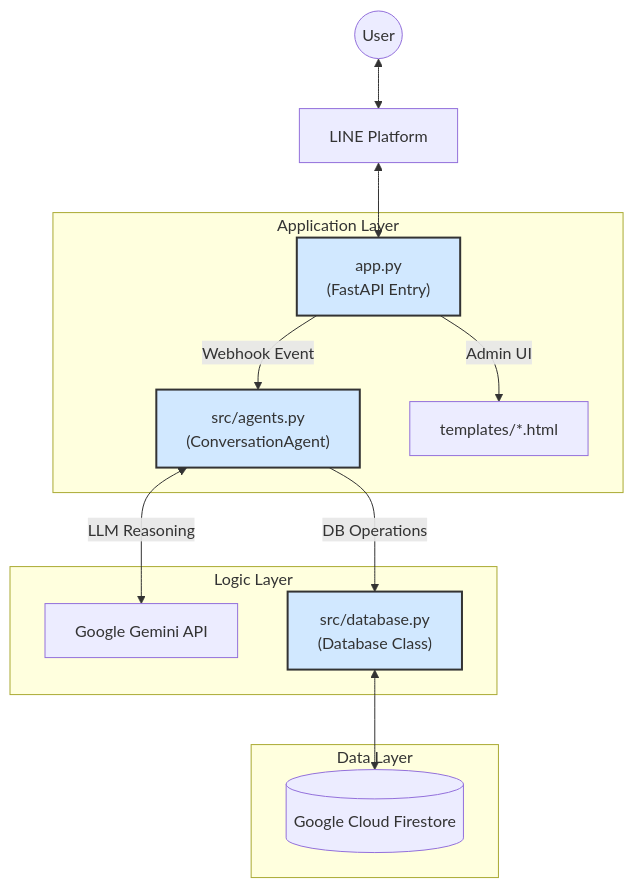
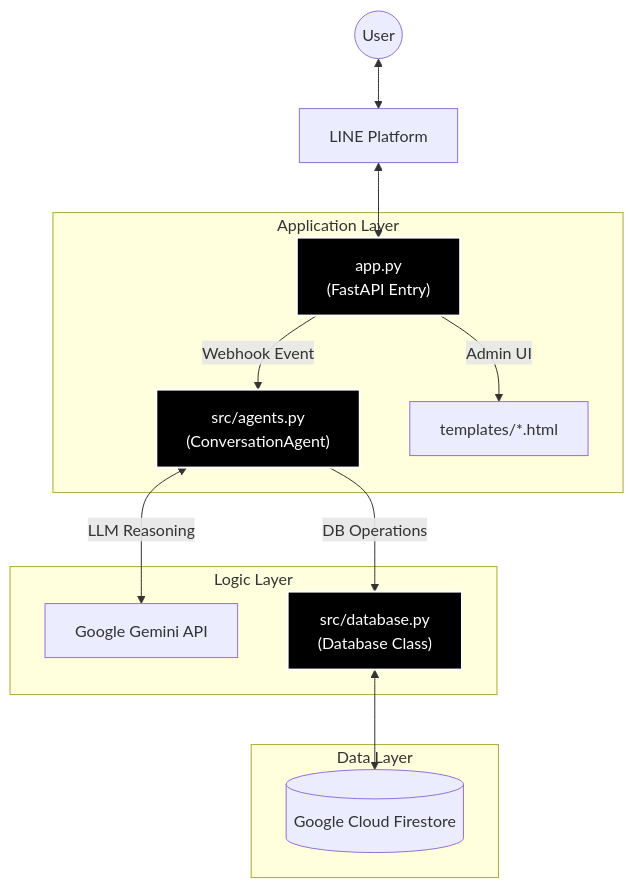
One commit to spike688023/line_AI_booking changed the diagram in ARCHITECTURE.md. Above: the diagram before and after it, drawn with Mermaid.

Commit message:
style: update diagram nodes to high contrast black theme

````diff
--- a/ARCHITECTURE.md
+++ b/ARCHITECTURE.md
@@ -20,22 +20,22 @@
 ```mermaid
 graph TD
     User((User)) <--> LINE[LINE Platform]
     LINE <--> App["app.py\n(FastAPI Entry)"]
     
     subgraph "Application Layer"
         App -->|Webhook Event| AgentMgr["src/agents.py\n(ConversationAgent)"]
         App -->|Admin UI| Templates[templates/*.html]
     end
     
     subgraph "Logic Layer"
         AgentMgr <-->|LLM Reasoning| Gemini[Google Gemini API]
         AgentMgr -->|DB Operations| DB["src/database.py\n(Database Class)"]
     end
     
     subgraph "Data Layer"
         DB <--> Firestore[(Google Cloud Firestore)]
     end
     
-    classDef file fill:#d1e8ff,stroke:#333,stroke-width:2px;
+    classDef file fill:#000000,color:#ffffff,stroke:#ffffff,stroke-width:2px;
     class App,AgentMgr,DB file;
 ```
````
